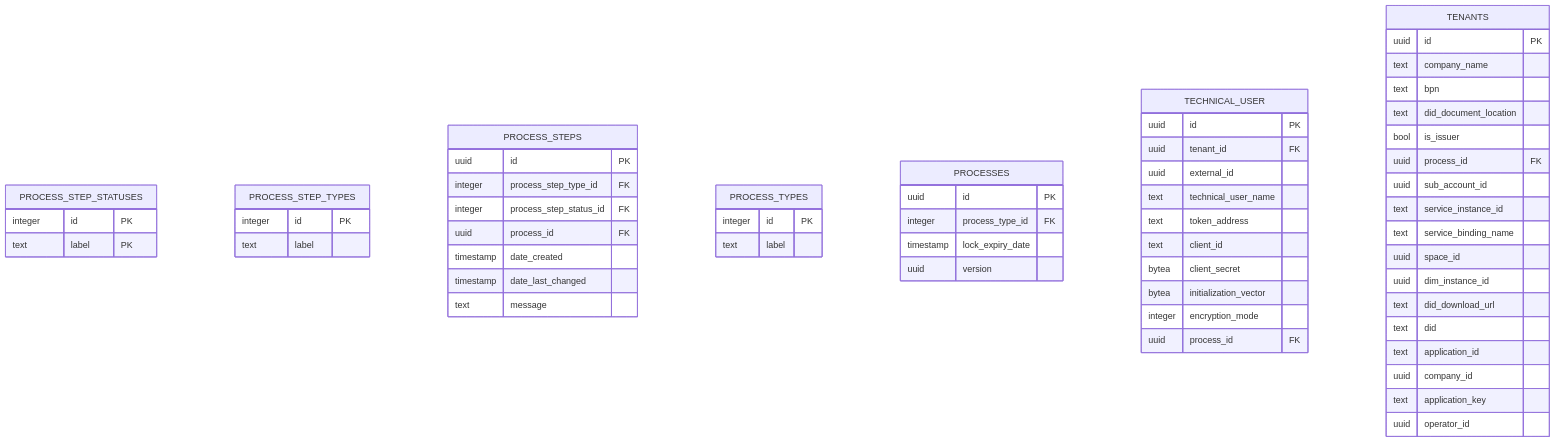
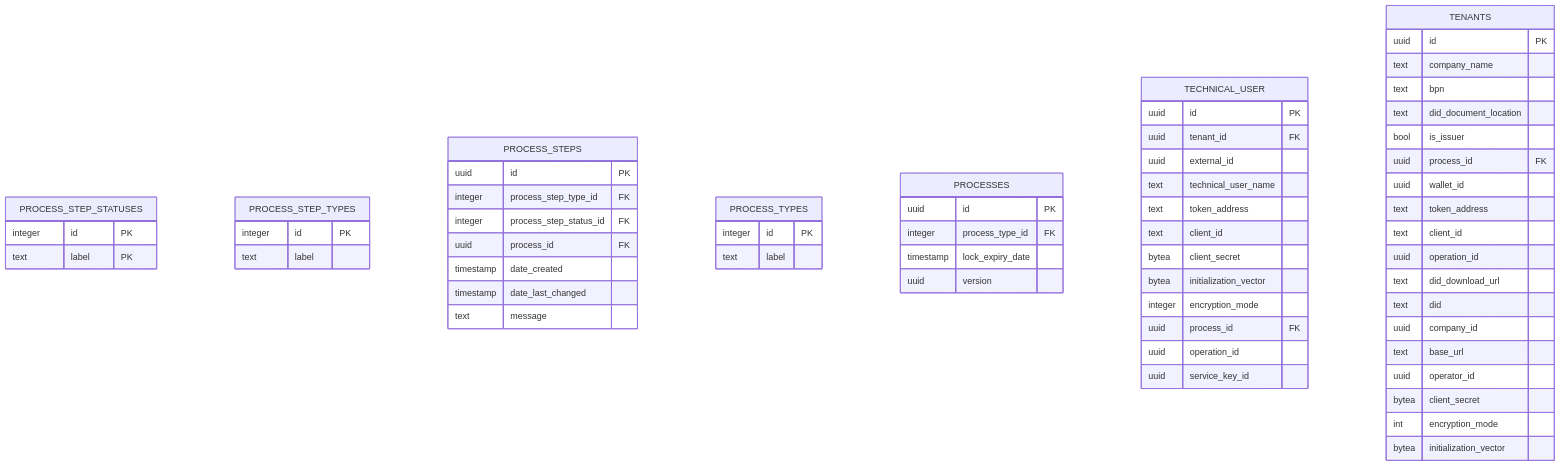
The diagram in docs/admin/database/db-view.md (SAP/ssi-dim-middle-layer), drawn with Mermaid before and after one commit. The commit also changed other lines of this file and 160 other files, not shown here.

````diff
--- a/docs/admin/database/db-view.md
+++ b/docs/admin/database/db-view.md
@@ -22,61 +22,64 @@
 ```mermaid
 erDiagram
     PROCESS_STEP_STATUSES {
         integer id PK
         text label PK
     }
     PROCESS_STEP_TYPES {
         integer id PK
         text label
     }
     PROCESS_STEPS {
         uuid id PK
         integer process_step_type_id FK
         integer process_step_status_id FK
         uuid process_id FK
         timestamp date_created
         timestamp date_last_changed
         text message
     }
     PROCESS_TYPES {
         integer id PK
         text label
     }
     PROCESSES {
         uuid id PK
         integer process_type_id FK
         timestamp lock_expiry_date
         uuid version
     }
     TECHNICAL_USER {
         uuid id PK
         uuid tenant_id FK
         uuid external_id
         text technical_user_name
         text token_address
         text client_id
         bytea client_secret
         bytea initialization_vector
         integer encryption_mode
         uuid process_id FK
+        uuid operation_id
+        uuid service_key_id
     }
     TENANTS {
         uuid id PK
         text company_name
         text bpn
         text did_document_location
         bool is_issuer
         uuid process_id FK
-        uuid sub_account_id
-        text service_instance_id
-        text service_binding_name
-        uuid space_id
-        uuid dim_instance_id
+        uuid wallet_id
+        text token_address
+        text client_id
+        uuid operation_id
         text did_download_url
         text did
-        text application_id
         uuid company_id
-        text application_key
+        text base_url
         uuid operator_id
+        bytea client_secret
+        int encryption_mode
+        bytea initialization_vector
     }
 ```
````
